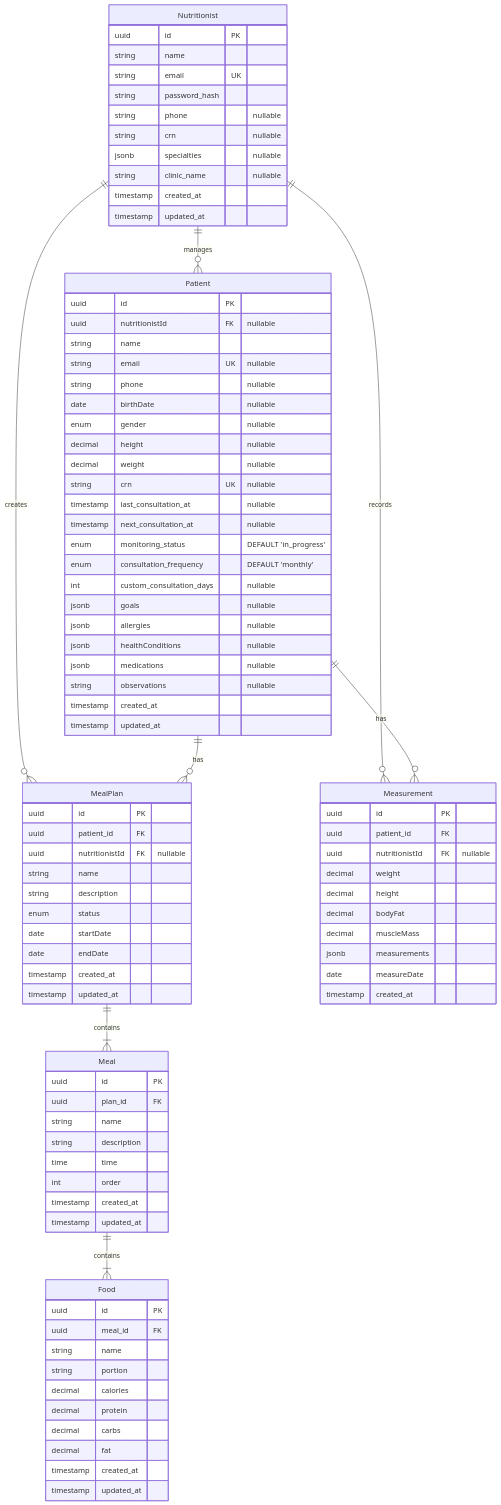
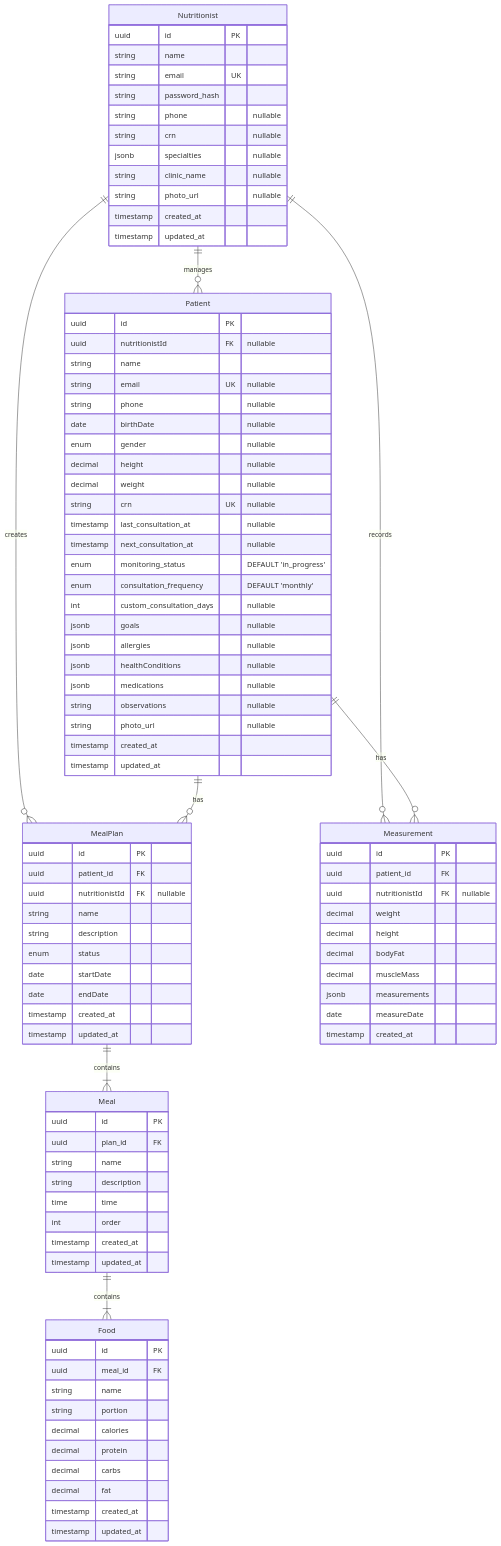
One commit to danielbcarvalho/smart-nutri changed the diagram in backend/DATABASE_DOCUMENTATION.md. Above: the diagram before and after it, drawn with Mermaid. The commit also changed other lines of this file and 46 other files, not shown here.

```diff
--- a/backend/DATABASE_DOCUMENTATION.md
+++ b/backend/DATABASE_DOCUMENTATION.md
@@ -23,6 +23,7 @@
         string crn "nullable"
         jsonb specialties "nullable"
         string clinic_name "nullable"
+        string photo_url "nullable"
         timestamp created_at
         timestamp updated_at
     }
@@ -48,6 +49,7 @@
         jsonb healthConditions "nullable"
         jsonb medications "nullable"
         string observations "nullable"
+        string photo_url "nullable"
         timestamp created_at
         timestamp updated_at
     }
```
